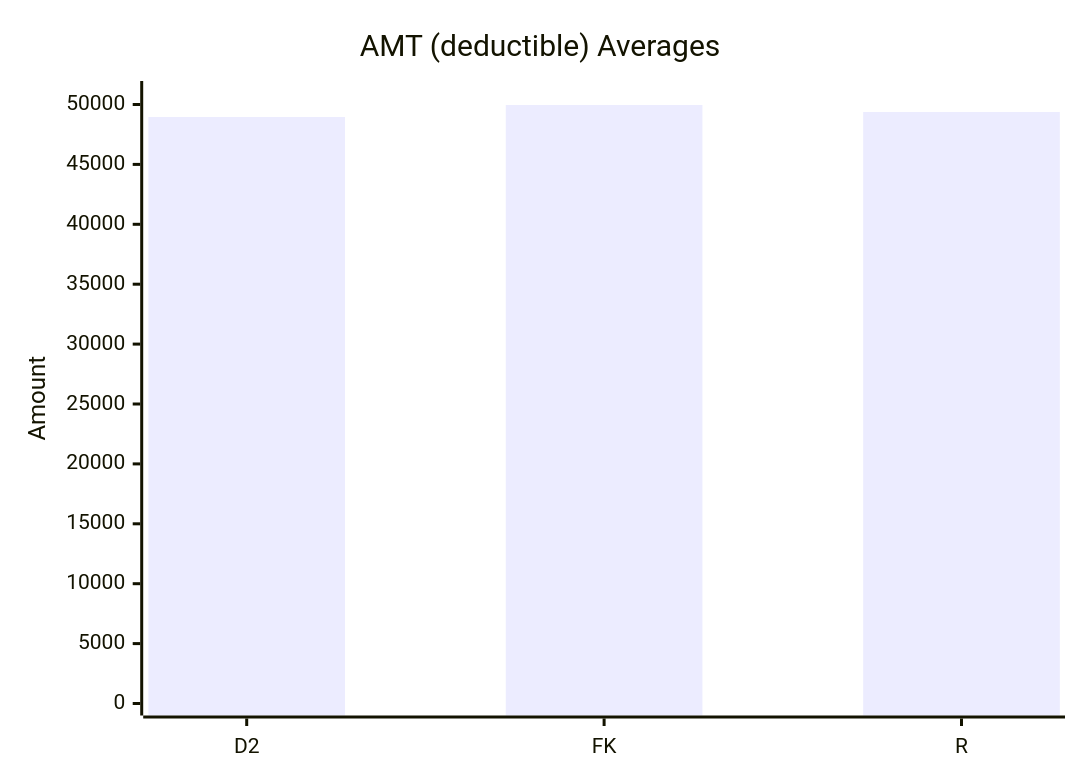
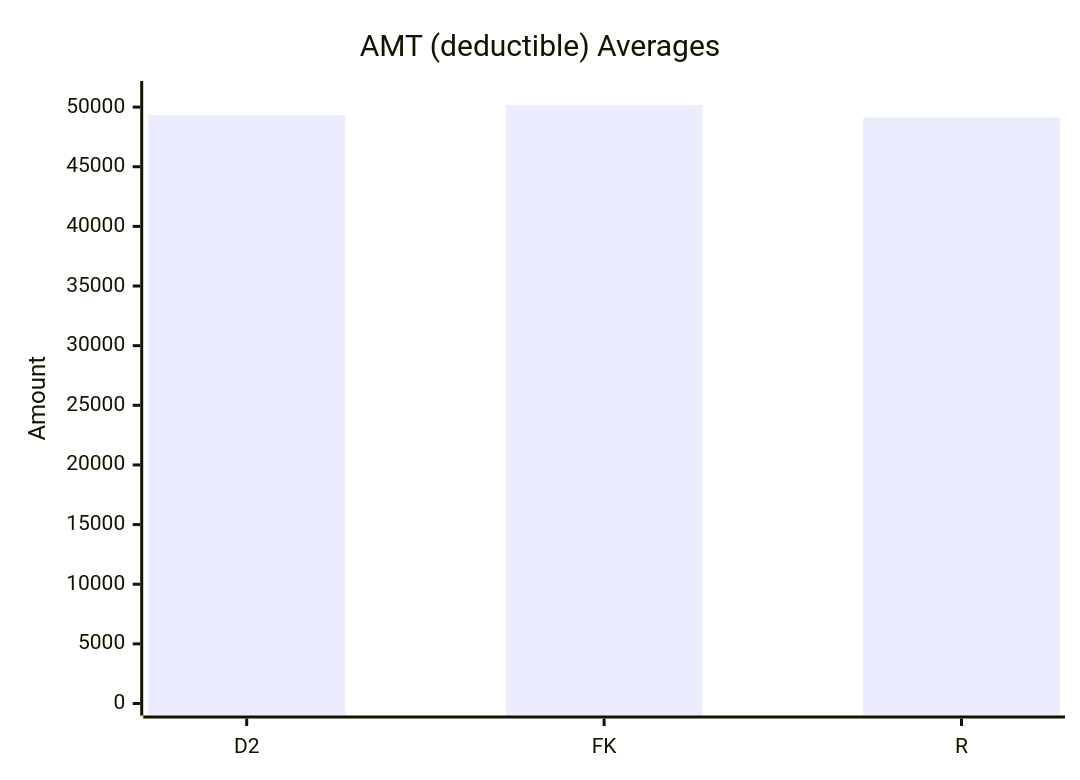
Before and after one commit to dhagan-va/intern-2025: the ninth of 10 diagrams in test-tools/DataGen/src/Statistics_Visualizer.md, drawn with Mermaid. The commit also changed other lines of this file and 1 other file, not shown here.

````diff
--- a/test-tools/DataGen/src/Statistics_Visualizer.md
+++ b/test-tools/DataGen/src/Statistics_Visualizer.md
@@ -98,7 +98,7 @@
 ```mermaid
 xychart-beta
     title "AMT (deductible) Averages"
     x-axis ["D2", "FK", "R"]
-    y-axis "Amount" 0 --> 50959.90747942101
-    bar [48956.36153846157, 49959.90747942101, 49374.882500709704]
+    y-axis "Amount" 0 --> 51181.24693934335
+    bar [49331.44734557604, 50181.24693934335, 49128.62315525886]
 ```
````
